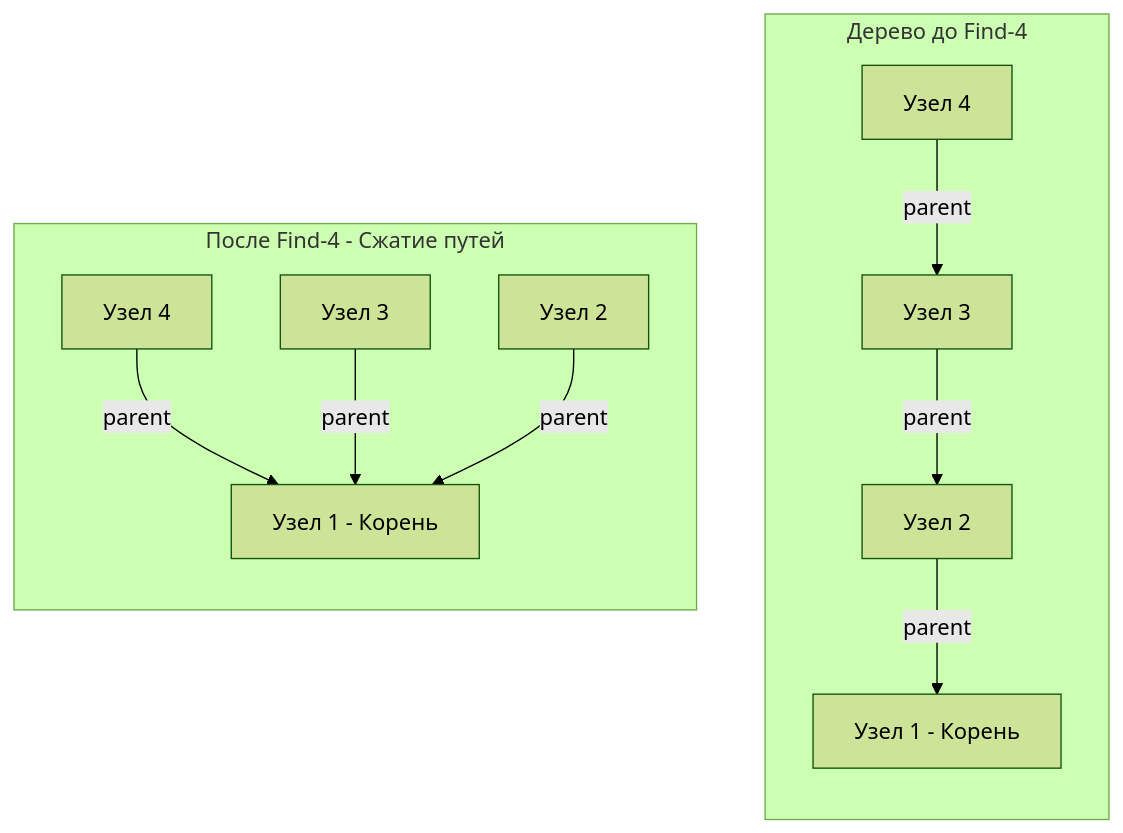
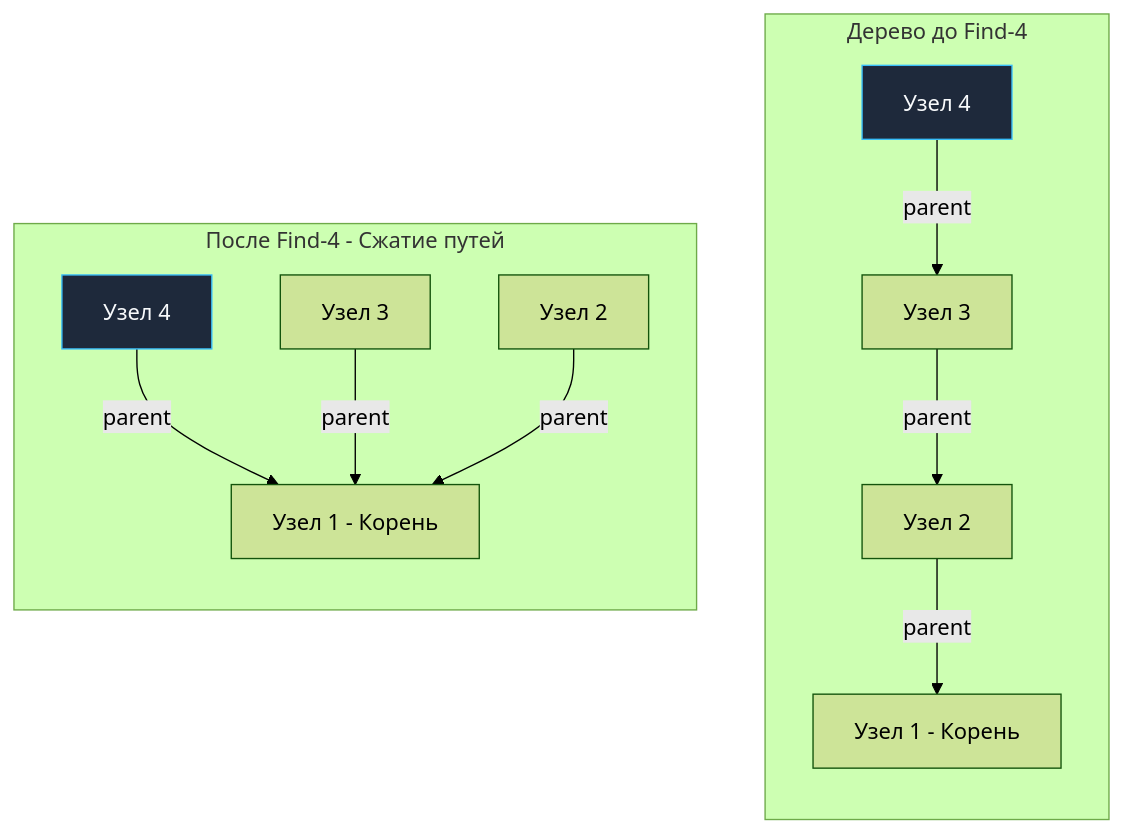
Before and after one commit to UnrealTemplier/go-textbook: the diagram in sources/21. Задачи с LeetCode и собеседований на Go/02. Задачи/15. Union Find/1. Теория. Union Find.md, drawn with Mermaid (forest theme). The commit also changed 1666 other files, not shown here.

First line of the commit message:
feat(mermaid): add semantic color classDef to 1369 colorless flowchart/graph diagrams

````diff
--- a/sources/21. Задачи с LeetCode и собеседований на Go/02. Задачи/15. Union Find/1. Теория. Union Find.md
+++ b/sources/21. Задачи с LeetCode и собеседований на Go/02. Задачи/15. Union Find/1. Теория. Union Find.md
@@ -76,14 +76,24 @@
 ```mermaid
 graph BT
+    classDef process  fill:#1e293b,stroke:#38bdf8,stroke-width:1px,color:#f8fafc
+    classDef success  fill:#064e3b,stroke:#34d399,stroke-width:1px,color:#f8fafc
+    classDef error    fill:#7f1d1d,stroke:#f87171,stroke-width:1px,color:#f8fafc
+    classDef warning  fill:#78350f,stroke:#fbbf24,stroke-width:1px,color:#f8fafc
+    classDef entry    fill:#1e3a5f,stroke:#38bdf8,stroke-width:2px,color:#f8fafc
+    classDef aux      fill:#334155,stroke:#64748b,stroke-width:1px,color:#f8fafc
+    classDef system   fill:#312e81,stroke:#a78bfa,stroke-width:1px,color:#f8fafc
+    classDef data     fill:#132d29,stroke:#2dd4bf,stroke-width:1px,color:#f8fafc
+    classDef network  fill:#881337,stroke:#fb7185,stroke-width:1px,color:#f8fafc
+    classDef accent   fill:#1e1b4b,stroke:#818cf8,stroke-width:1px,color:#f8fafc
     subgraph "Дерево до Find-4"
-        D["Узел 4"] -->|"parent"| C["Узел 3"]
+        D["Узел 4"]:::process -->|"parent"| C["Узел 3"]
         C -->|"parent"| B["Узел 2"]
         B -->|"parent"| A["Узел 1 - Корень"]
     end
     
     subgraph "После Find-4 - Сжатие путей"
-        D2["Узел 4"] -->|"parent"| A2["Узел 1 - Корень"]
+        D2["Узел 4"]:::process -->|"parent"| A2["Узел 1 - Корень"]
         C2["Узел 3"] -->|"parent"| A2
         B2["Узел 2"] -->|"parent"| A2
     end
 ```
````
